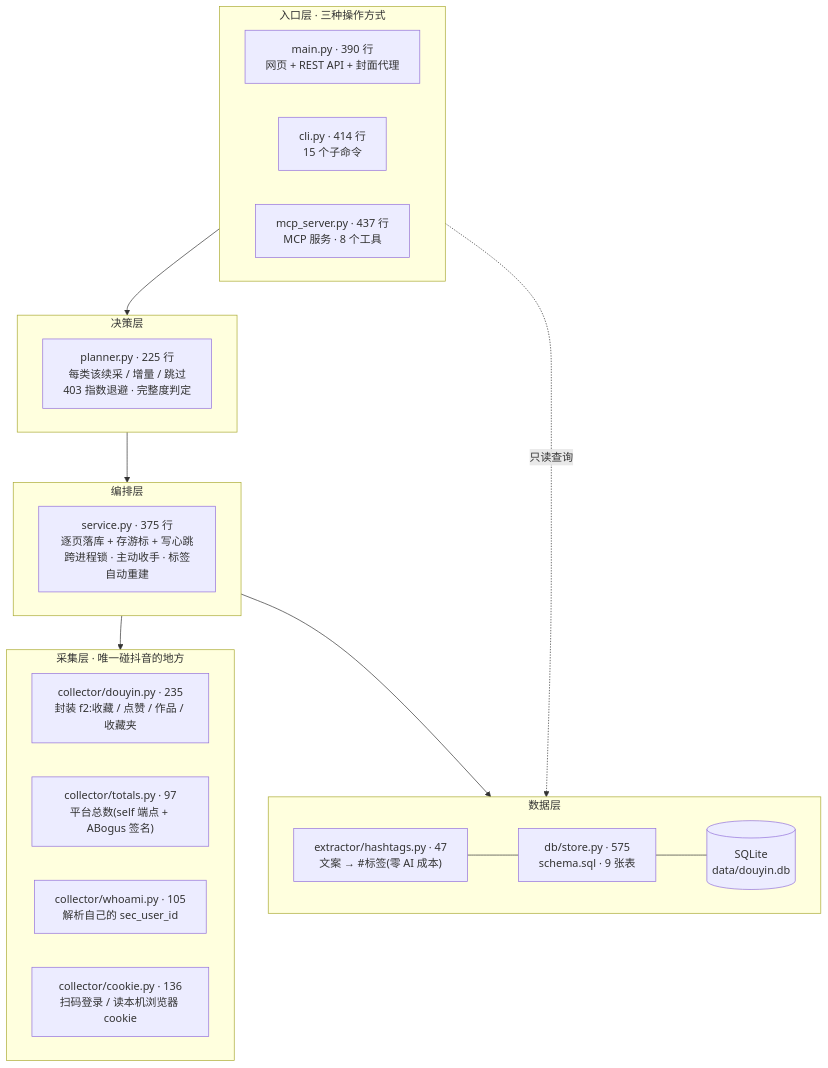
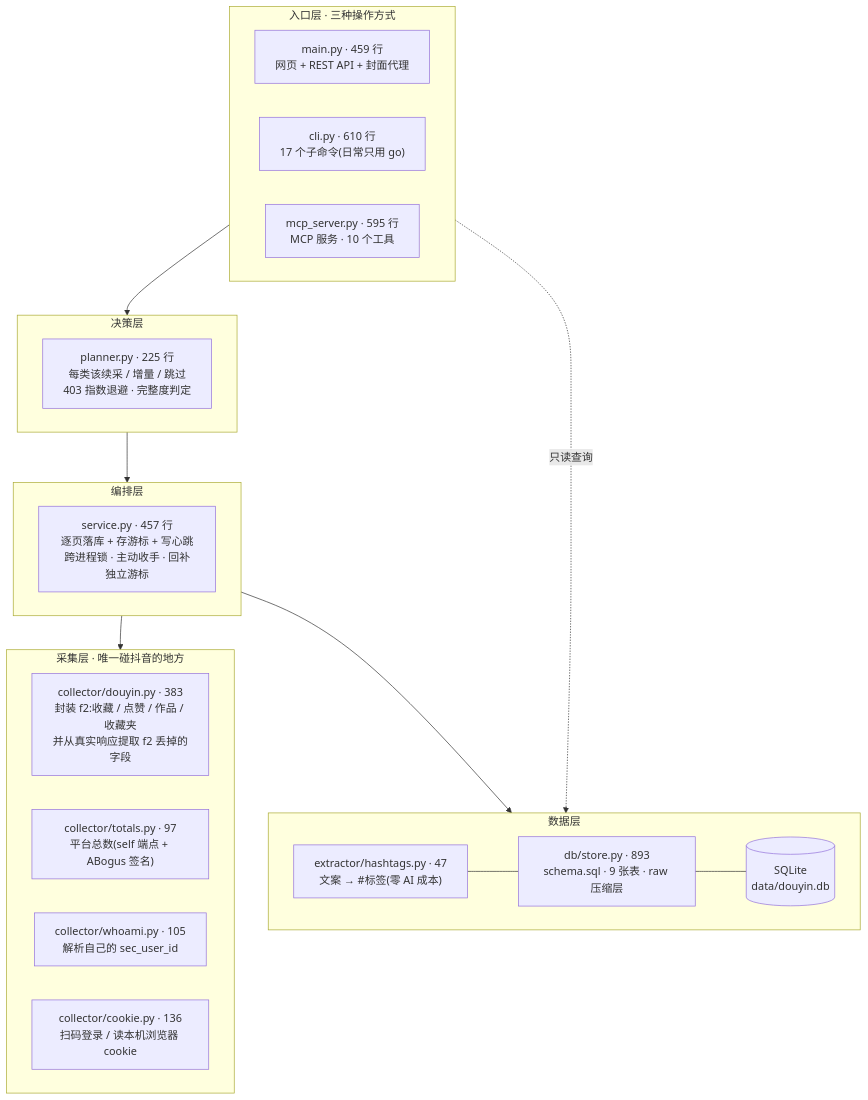
The first of 3 diagrams in docs/ARCHITECTURE.md (HansonY/myDY-DB), drawn with Mermaid before and after one commit. The commit also changed other lines of this file and 2 other files, not shown here.

````diff
--- a/docs/ARCHITECTURE.md
+++ b/docs/ARCHITECTURE.md
@@ -10,35 +26,35 @@
 ```mermaid
 flowchart TB
     subgraph entry["入口层 · 三种操作方式"]
-        web["main.py · 390 行<br/>网页 + REST API + 封面代理"]
-        cli["cli.py · 414 行<br/>15 个子命令"]
-        mcp["mcp_server.py · 437 行<br/>MCP 服务 · 8 个工具"]
+        web["main.py · 459 行<br/>网页 + REST API + 封面代理"]
+        cli["cli.py · 610 行<br/>17 个子命令(日常只用 go)"]
+        mcp["mcp_server.py · 595 行<br/>MCP 服务 · 10 个工具"]
     end
 
     subgraph brain["决策层"]
         planner["planner.py · 225 行<br/>每类该续采 / 增量 / 跳过<br/>403 指数退避 · 完整度判定"]
     end
 
     subgraph orch["编排层"]
-        service["service.py · 375 行<br/>逐页落库 + 存游标 + 写心跳<br/>跨进程锁 · 主动收手 · 标签自动重建"]
+        service["service.py · 457 行<br/>逐页落库 + 存游标 + 写心跳<br/>跨进程锁 · 主动收手 · 回补独立游标"]
     end
 
     subgraph fetch["采集层 · 唯一碰抖音的地方"]
-        douyin["collector/douyin.py · 235<br/>封装 f2:收藏 / 点赞 / 作品 / 收藏夹"]
+        douyin["collector/douyin.py · 383<br/>封装 f2:收藏 / 点赞 / 作品 / 收藏夹<br/>并从真实响应提取 f2 丢掉的字段"]
         totals["collector/totals.py · 97<br/>平台总数(self 端点 + ABogus 签名)"]
         whoami["collector/whoami.py · 105<br/>解析自己的 sec_user_id"]
         cookie["collector/cookie.py · 136<br/>扫码登录 / 读本机浏览器 cookie"]
     end
 
     subgraph data["数据层"]
-        store["db/store.py · 575<br/>schema.sql · 9 张表"]
+        store["db/store.py · 893<br/>schema.sql · 9 张表 · raw 压缩层"]
         tags["extractor/hashtags.py · 47<br/>文案 → #标签(零 AI 成本)"]
         sqlite[("SQLite<br/>data/douyin.db")]
     end
 
     entry --> brain --> orch --> fetch
     orch --> data
     entry -.只读查询.-> data
     store --- sqlite
     tags --- store
 ```
````
